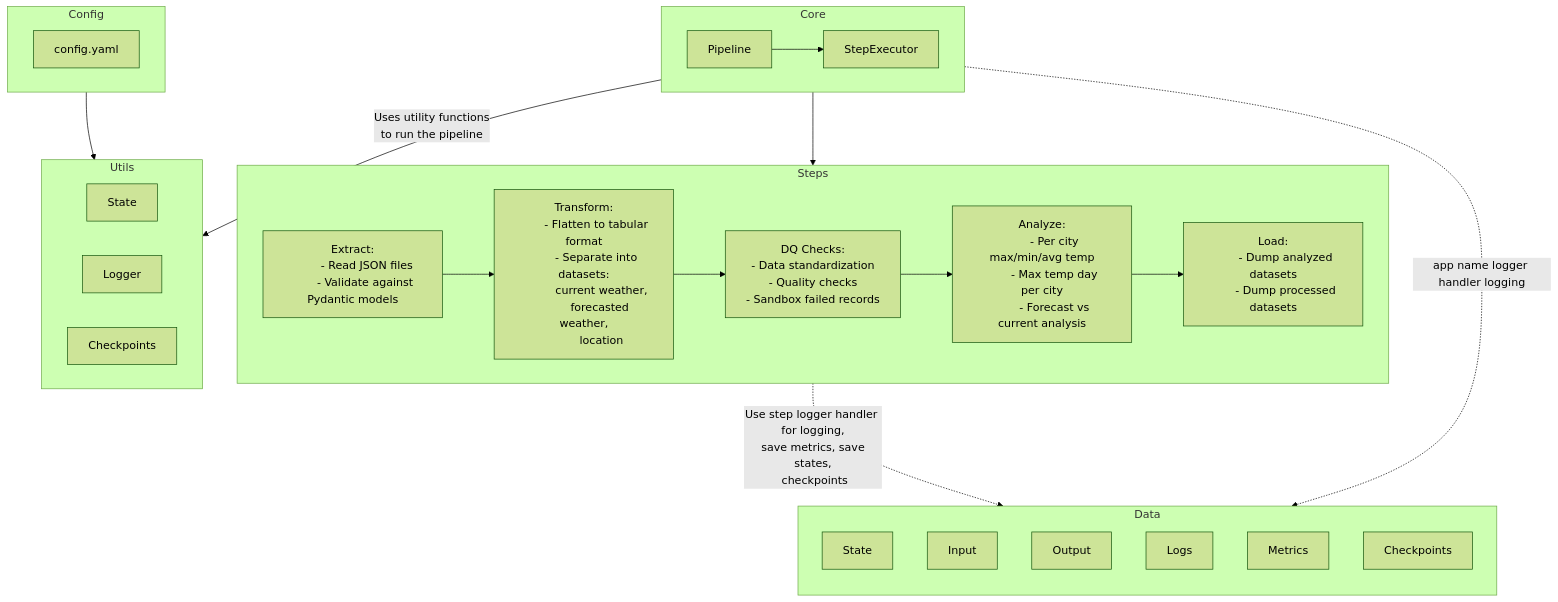
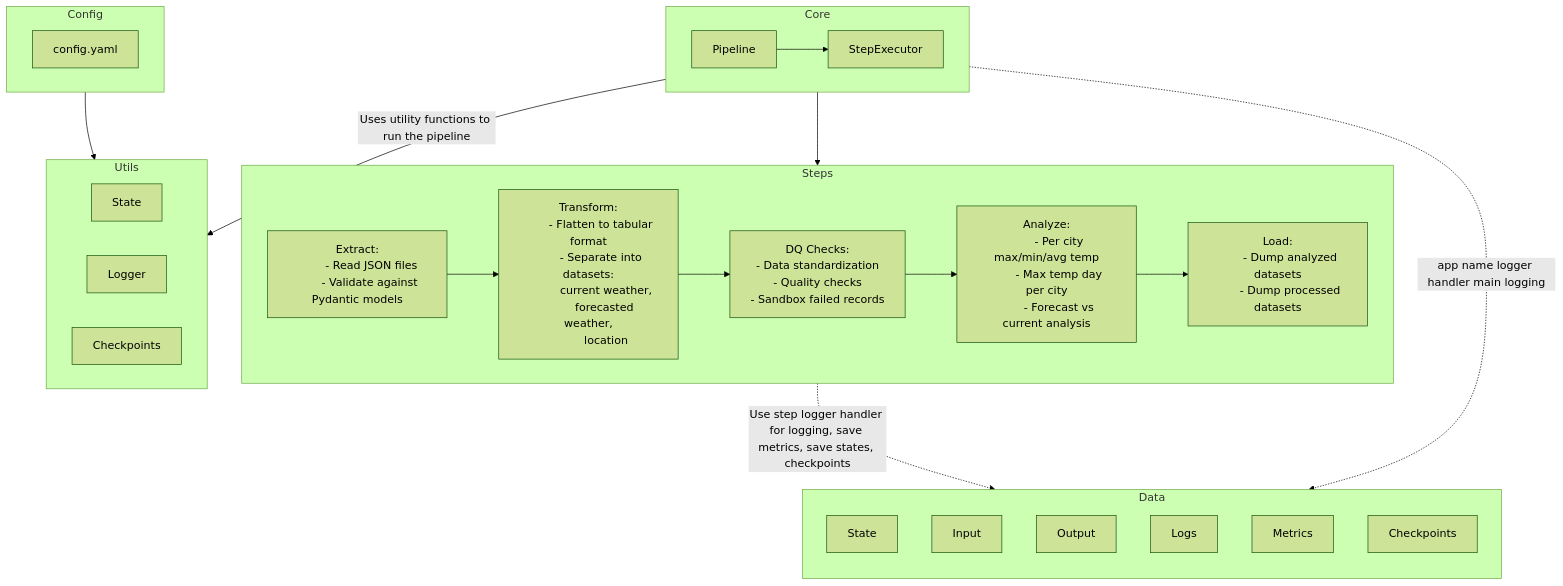
The diagram in docs/readme.md (dk46164/apps), drawn with Mermaid (forest theme) before and after one commit. The commit also changed other lines of this file and 82 other files, not shown here.

````diff
--- a/docs/readme.md
+++ b/docs/readme.md
@@ -16,64 +18,64 @@
 ```mermaid
 graph TD
     subgraph Core
         Pipeline --> StepExecutor
     end
 
     subgraph Utils
         State
         Logger
         Checkpoints
     end
 
     subgraph Config
         ConfigYAML[config.yaml]
     end
 
     subgraph Steps
         Extract[Extract:
         - Read JSON files
         - Validate against Pydantic models]
         
         Transform[Transform:
         - Flatten to tabular format
         - Separate into datasets:
           current weather,
           forecasted weather,
           location]
           
         DQChecks[DQ Checks:
         - Data standardization
         - Quality checks
         - Sandbox failed records]
         
         Analyze[Analyze:
         - Per city max/min/avg temp
         - Max temp day per city
         - Forecast vs current analysis]
         
         Load[Load:
         - Dump analyzed datasets
         - Dump processed datasets]
 
         Extract --> Transform
         Transform --> DQChecks
         DQChecks --> Analyze
         Analyze --> Load
     end
 
     subgraph Data
         direction TB
         State_Dir[State]
         Input[Input]
         Output[Output] 
         Logs[Logs]
         Metrics[Metrics]
         CP[Checkpoints]
     end
 
     Config --> Utils
-    Core --> |"Uses utility functions\nto run the pipeline"| Utils
+    Core --> |"Uses utility functions to run the pipeline"| Utils
     Core --> Steps
-    Steps -.-> |"Use step logger handler for logging,\n save metrics, save states,\n checkpoints"| Data
-    Core -.-> |"app name logger handler logging"| Data
+    Steps -.-> |"Use step logger handler for logging, save metrics, save states, checkpoints"| Data
+    Core -.-> |"app name logger handler main logging"| Data
 ```
````
